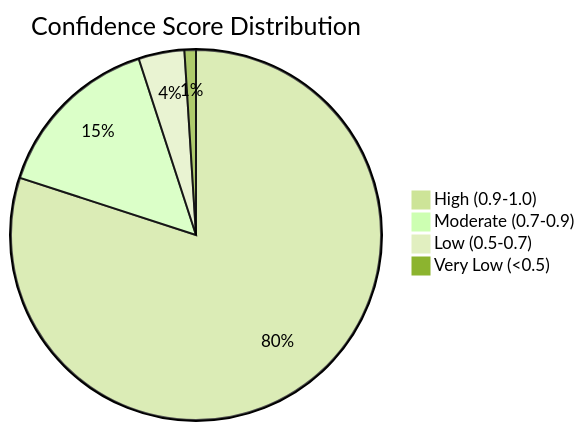
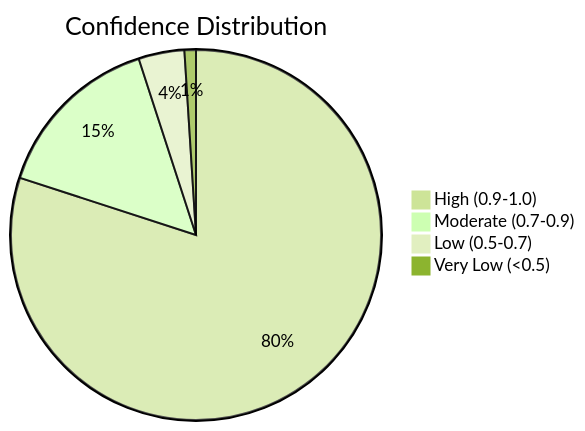
Before and after one commit to kvasilopoulos/contact-center: the third of 3 diagrams in docs/evaluation.md, drawn with Mermaid (forest theme). The commit also changed other lines of this file and 14 other files, not shown here.

````diff
--- a/docs/evaluation.md
+++ b/docs/evaluation.md
@@ -70,7 +76,7 @@
 ```mermaid
-pie title Confidence Score Distribution
+pie title Confidence Distribution
     "High (0.9-1.0)" : 80
     "Moderate (0.7-0.9)" : 15
     "Low (0.5-0.7)" : 4
     "Very Low (<0.5)" : 1
 ```
````
